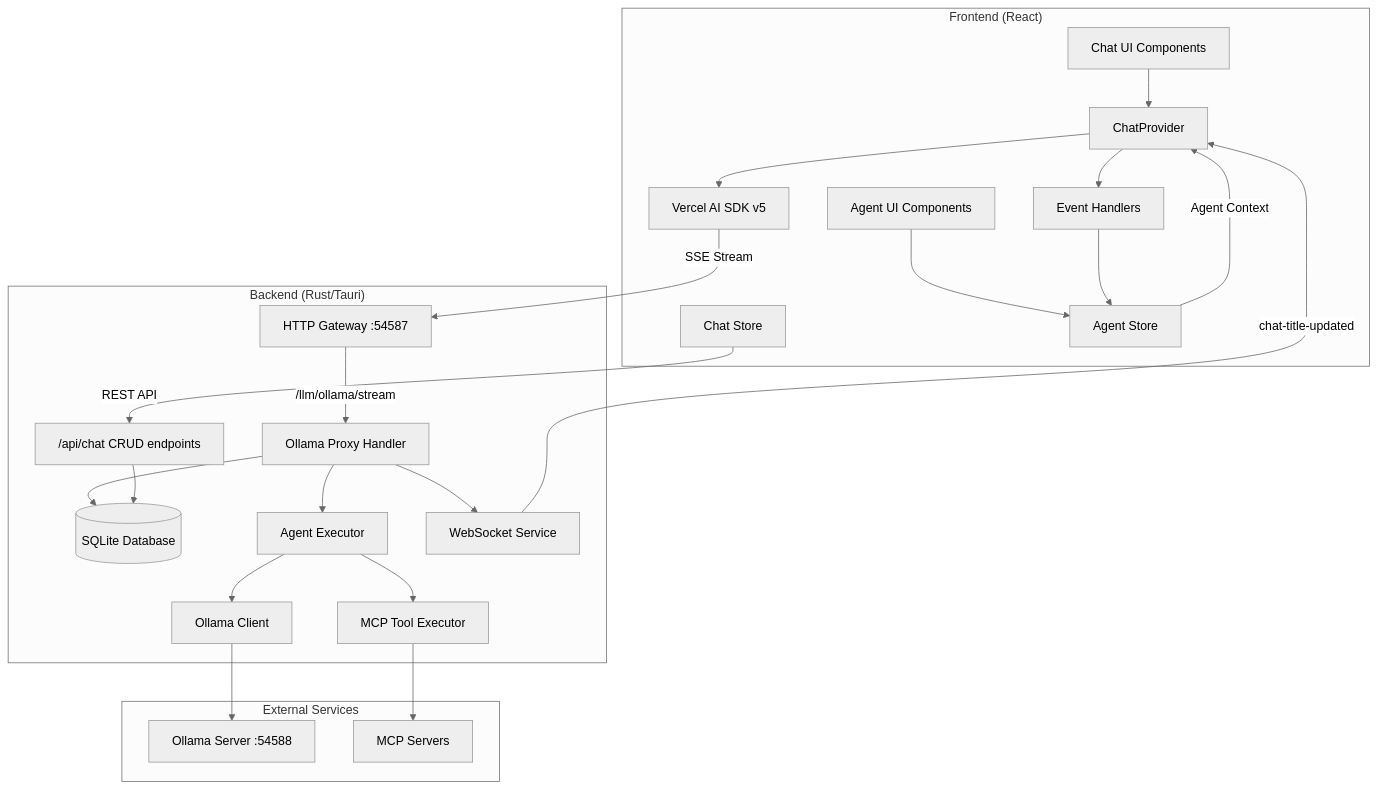
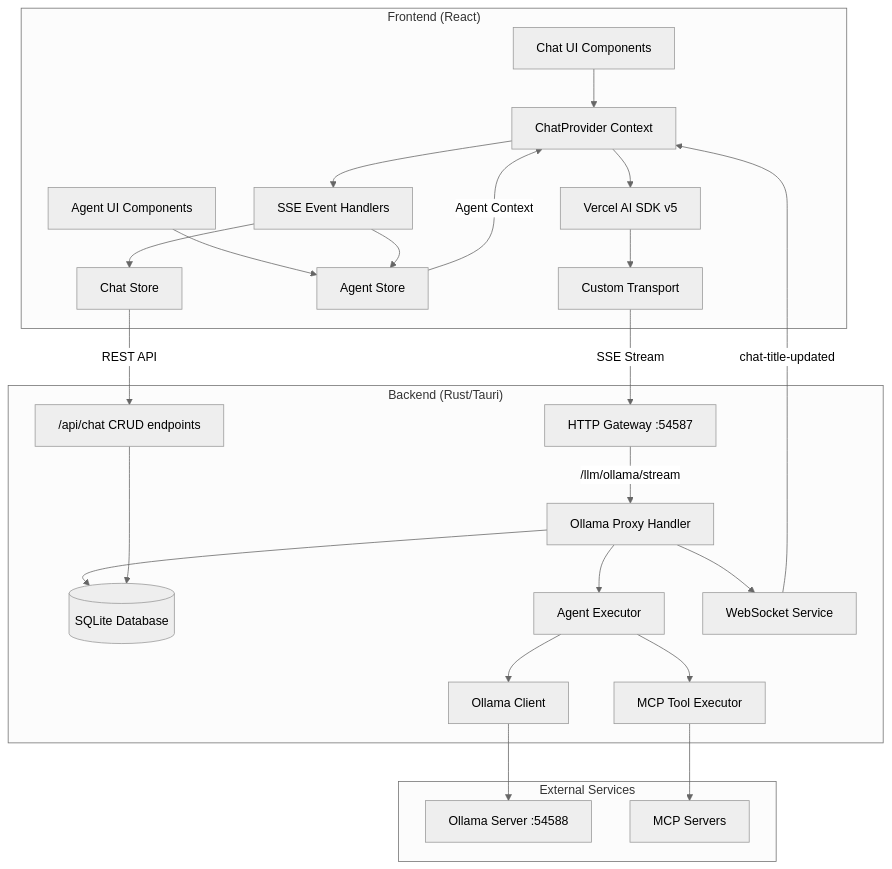
Before and after one commit to archestra-ai/prototypes: the first of 3 diagrams in desktop/chat-architecture.md, drawn with Mermaid (neutral theme). The commit also changed other lines of this file and 1 other file, not shown here.

First line of the commit message:
docs: update CLAUDE.md and chat-architecture.md to reflect Vercel AI SDK v5 refactor

````diff
--- a/desktop/chat-architecture.md
+++ b/desktop/chat-architecture.md
@@ -9,50 +9,53 @@
 ```mermaid
 graph TB
     subgraph "Frontend (React)"
         UI[Chat UI Components]
         AUI[Agent UI Components]
-        CP[ChatProvider]
+        CP[ChatProvider Context]
         SDK[Vercel AI SDK v5]
         CS[Chat Store]
         AS[Agent Store]
-        EH[Event Handlers]
+        EH[SSE Event Handlers]
+        TC[Custom Transport]
     end
 
     subgraph "Backend (Rust/Tauri)"
         GW[HTTP Gateway :54587]
         STREAM[Ollama Proxy Handler]
         CRUD["/api/chat CRUD endpoints"]
         DB[(SQLite Database)]
         AE[Agent Executor]
         MCP[MCP Tool Executor]
         OC[Ollama Client]
         WS[WebSocket Service]
     end
 
     subgraph "External Services"
         OLLAMA[Ollama Server :54588]
         MCPS[MCP Servers]
     end
 
     UI --> CP
     AUI --> AS
     CP --> SDK
-    SDK --> |"SSE Stream"| GW
+    SDK --> TC
+    TC --> |"SSE Stream"| GW
     GW --> |"/llm/ollama/stream"| STREAM
     CS --> |"REST API"| CRUD
     AS --> |"Agent Context"| CP
     CP --> EH
     EH --> AS
+    EH --> CS
 
     STREAM --> DB
     STREAM --> AE
     AE --> MCP
     AE --> OC
     STREAM --> WS
 
     OC --> OLLAMA
     MCP --> MCPS
 
     CRUD --> DB
     WS --> |"chat-title-updated"| CP
 ```
````
